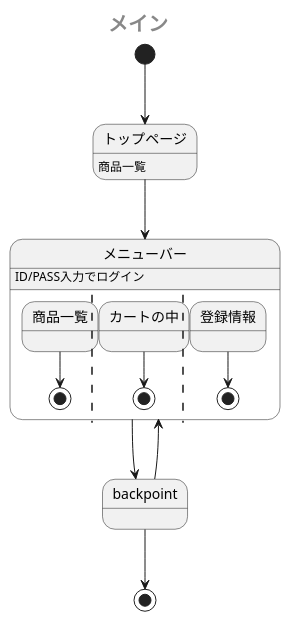
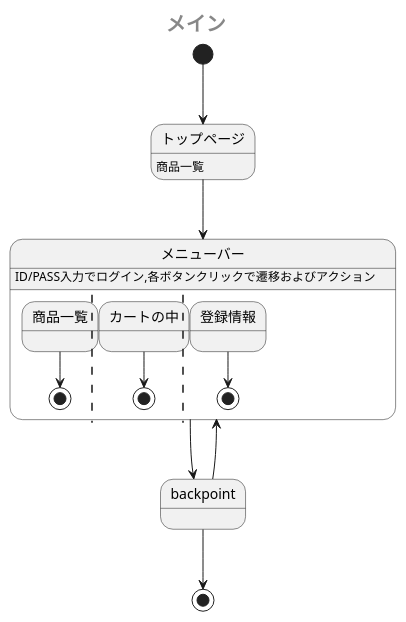
The first of 2 diagrams in sample/StateMachine.md (Aso2001385/2021sys-design), drawn with PlantUML before and after one commit. The commit also changed other lines of this file, not shown here.

````diff
--- a/sample/StateMachine.md
+++ b/sample/StateMachine.md
@@ -1,21 +1,21 @@
 ```uml
 @startuml
  center header <size:20><b>メイン</b></size>
  [*] --> トップページ
  トップページ: 商品一覧
  トップページ --> メニューバー
  state メニューバー {
-   メニューバー:        ID/PASS入力でログイン
+   メニューバー: ID/PASS入力でログイン,各ボタンクリックで遷移およびアクション
    商品一覧 --> [*]
    ||
    カートの中 --> [*]
    ||
    登録情報 --> [*]
 
  }
  メニューバー --> backpoint
  backpoint --> メニューバー
  backpoint --> [*]
 
 @enduml
 ```
````
